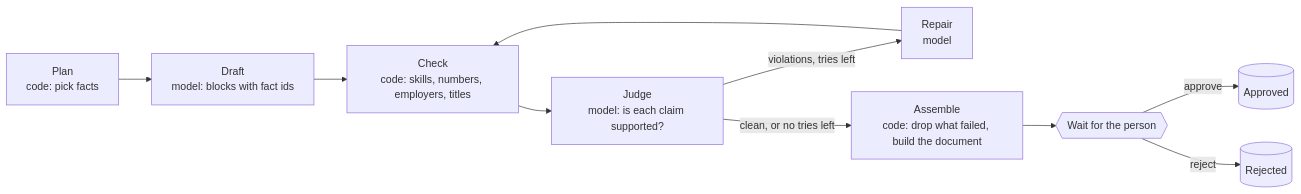
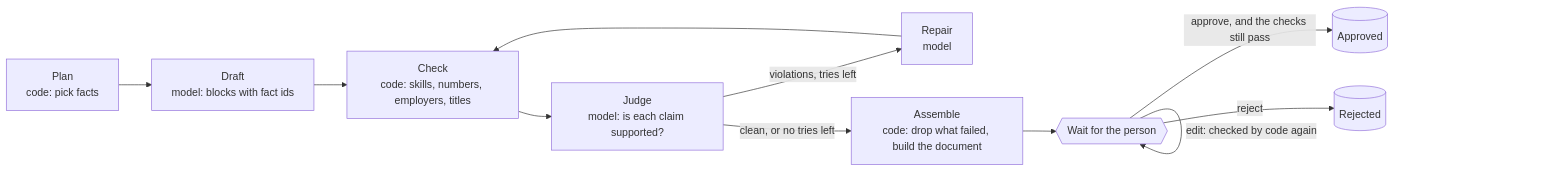
Before and after one commit to ibrahimahmed237/masar-job-agent: the third of 4 diagrams in docs/DESIGN.md, drawn with Mermaid. The commit also changed other lines of this file and 8 other files, not shown here.

````diff
--- a/docs/DESIGN.md
+++ b/docs/DESIGN.md
@@ -128,12 +128,13 @@
 ```mermaid
 flowchart LR
   PL[Plan<br/>code: pick facts] --> D[Draft<br/>model: blocks with fact ids]
   D --> C[Check<br/>code: skills, numbers, employers, titles]
   C --> J[Judge<br/>model: is each claim supported?]
   J -->|violations, tries left| R[Repair<br/>model]
   R --> C
   J -->|clean, or no tries left| AS[Assemble<br/>code: drop what failed, build the document]
   AS --> H{{Wait for the person}}
-  H -->|approve| OK[(Approved)]
+  H -->|approve, and the checks still pass| OK[(Approved)]
   H -->|reject| NO[(Rejected)]
+  H -->|edit: checked by code again| H
 ```
````
